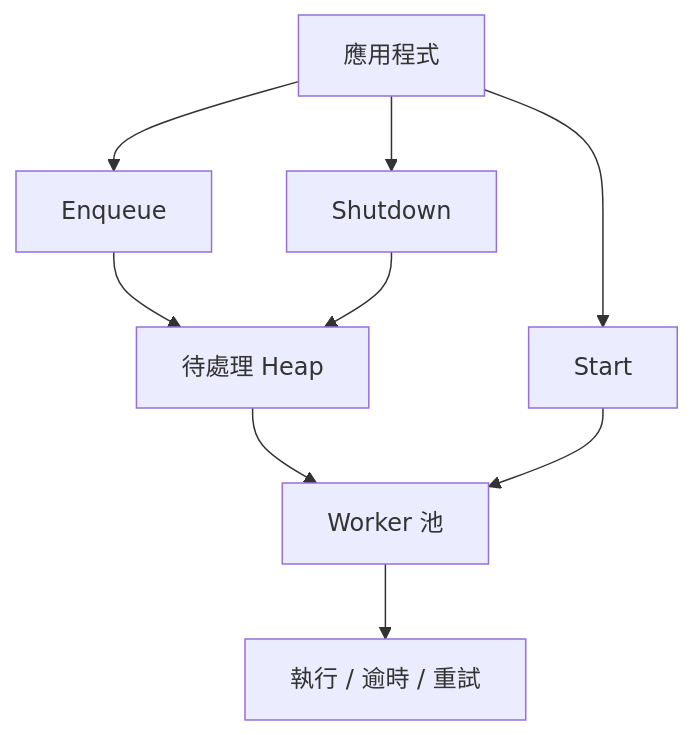
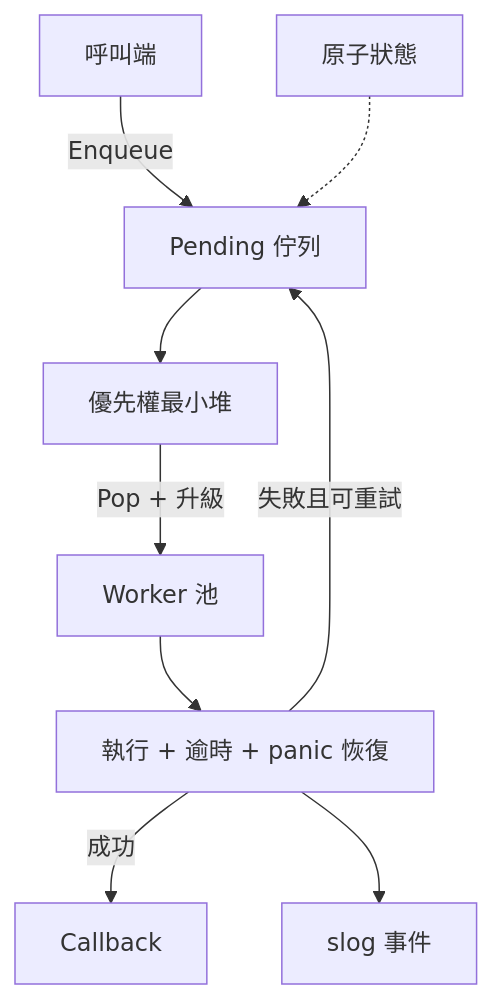
The diagram in doc/README.zh.md (pardnchiu/go-queue), drawn with Mermaid before and after one commit. The commit also changed other lines of this file and 7 other files, not shown here.

Commit message:
doc: Regenerate bilingual README, usage docs, and architecture for core package

````diff
--- a/doc/README.zh.md
+++ b/doc/README.zh.md
@@ -42,11 +42,11 @@
 ```mermaid
 graph TB
-    App[應用程式] --> Enqueue[Enqueue]
-    Enqueue --> Pending[待處理 Heap]
-    Pending --> Workers[Worker 池]
-    Workers --> Execute[執行 / 逾時 / 重試]
-    App --> Start[Start]
-    App --> Shutdown[Shutdown]
-    Start --> Workers
-    Shutdown --> Pending
+    C[呼叫端] -->|Enqueue| P[Pending 佇列]
+    P --> H[優先權最小堆]
+    H -->|Pop + 升級| W[Worker 池]
+    W --> E[執行 + 逾時 + panic 恢復]
+    E -->|失敗且可重試| P
+    E -->|成功| CB[Callback]
+    E --> L[slog 事件]
+    S[原子狀態] -.-> P
 ```
````
